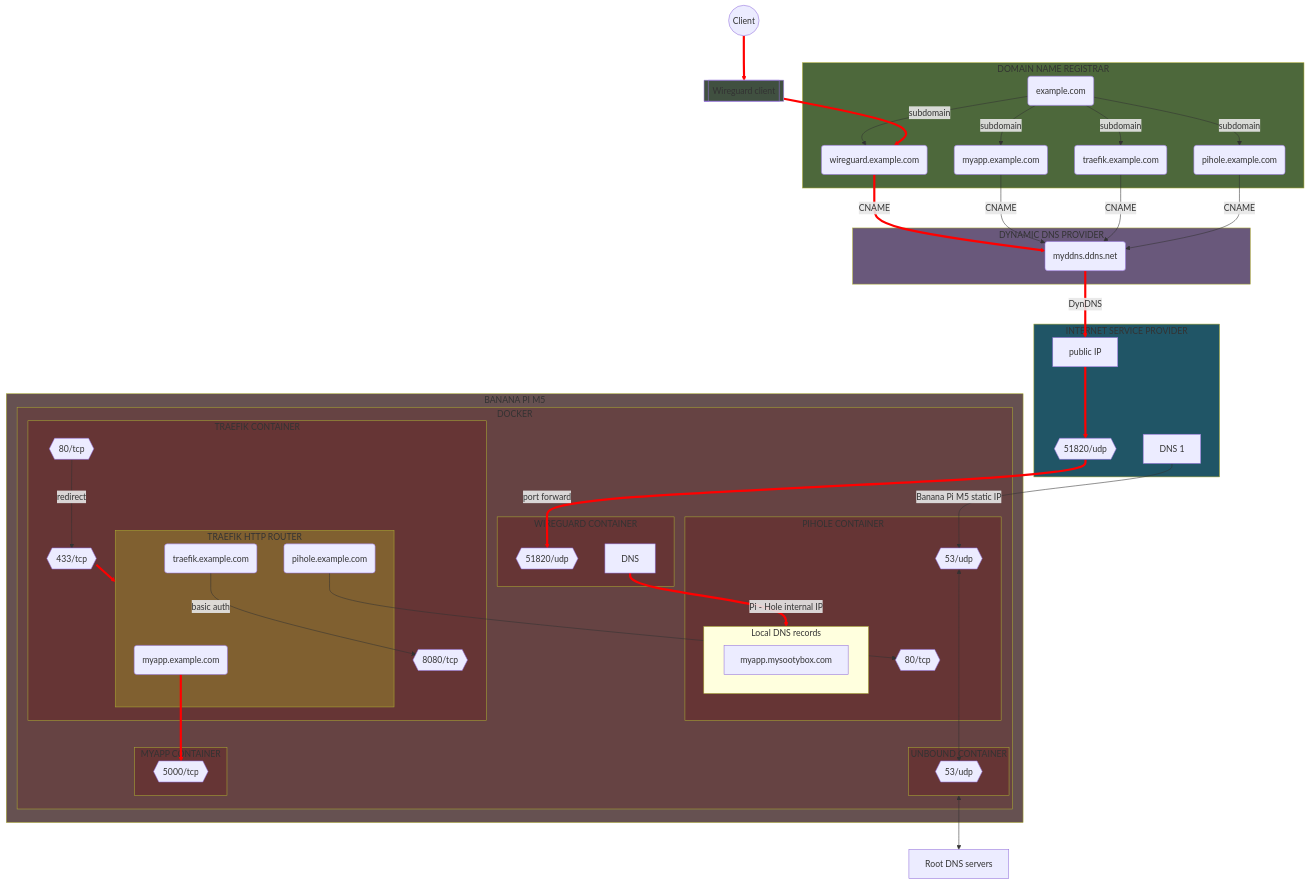
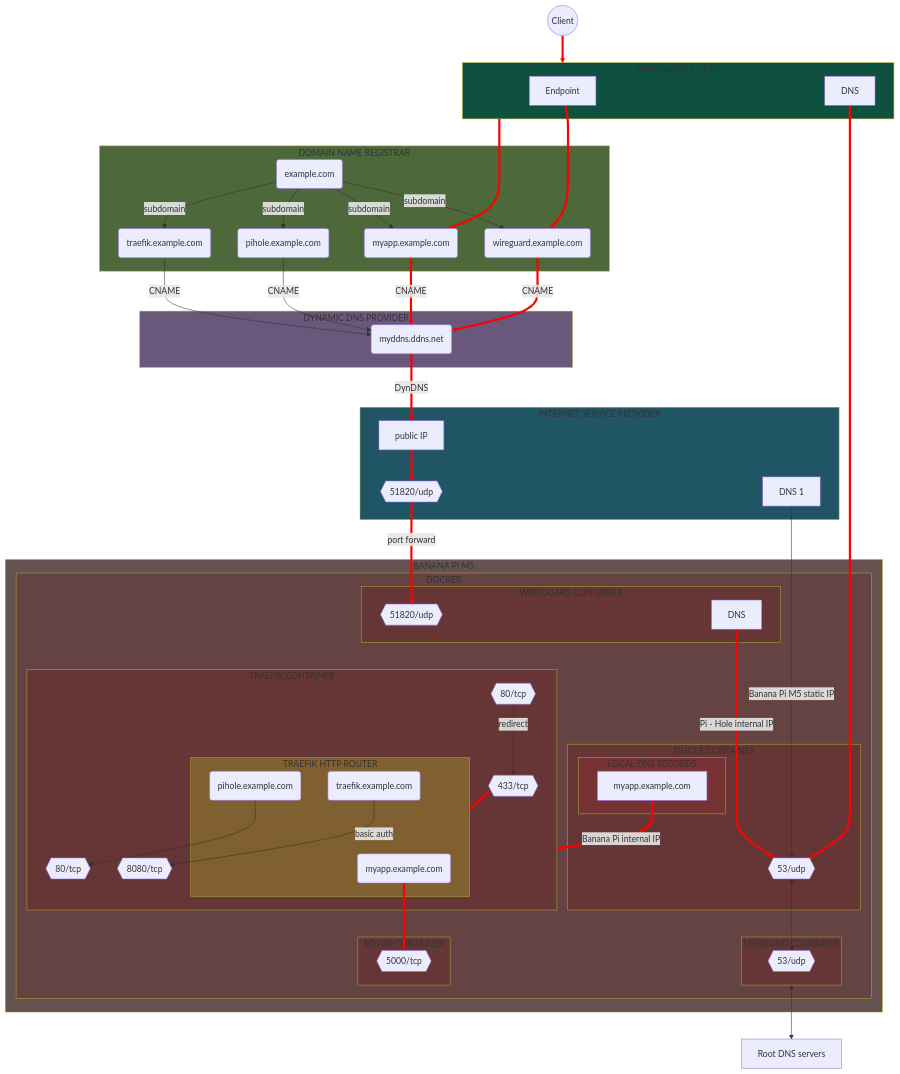
Before and after one commit to Yann39/self-hosted: the seventh of 7 diagrams in README.md, drawn with Mermaid. The commit also changed other lines of this file, not shown here.

Commit message:
updated readme to fix VPN flowchart

````diff
--- a/README.md
+++ b/README.md
@@ -1323,7 +1324,8 @@
     style MYAPP_CONTAINER fill: #663535
     style WIREGUARD_CONTAINER fill: #663535
     style TRAEFIK_ROUTER fill: #806030
-    style WIREGUARD_CLIENT fill: #405040
+    style WIREGUARD_CLIENT fill: #105040
+    style PIHOLE_DNS_RECORDS fill: #773333
     
     DOMAIN(example.com)
     SUBDOMAIN_WIREGUARD(wireguard.example.com)
@@ -1349,15 +1351,15 @@
     subgraph HOSTING_PROVIDER[DOMAIN NAME REGISTRAR]
         DOMAIN -->|subdomain| SUBDOMAIN_WIREGUARD
         DOMAIN -->|subdomain| SUBDOMAIN_MYAPP
+        DOMAIN -->|subdomain| SUBDOMAIN_PIHOLE
         DOMAIN -->|subdomain| SUBDOMAIN_TRAEFIK
-        DOMAIN -->|subdomain| SUBDOMAIN_PIHOLE
     end
 
     subgraph DDNS_PROVIDER[DYNAMIC DNS PROVIDER]
         SUBDOMAIN_WIREGUARD -->|CNAME| DDNS
         SUBDOMAIN_MYAPP -->|CNAME| DDNS
+        SUBDOMAIN_PIHOLE -->|CNAME| DDNS
         SUBDOMAIN_TRAEFIK -->|CNAME| DDNS
-        SUBDOMAIN_PIHOLE -->|CNAME| DDNS
     end
 
     subgraph INTERNET_SERVICE_PROVIDER[INTERNET SERVICE PROVIDER]
@@ -1366,32 +1368,43 @@
         DNS[DNS 1]
     end
 
+    subgraph WIREGUARD_CLIENT[WIREGUARD CLIENT]
+        WIREGUARD_CLIENT_ENDPOINT[Endpoint]
+        WIREGUARD_CLIENT_DNS[DNS]
+    end
+
+    CLIENT((Client)) --> WIREGUARD_CLIENT
+    
+    WIREGUARD_CLIENT_ENDPOINT --> SUBDOMAIN_WIREGUARD
+    WIREGUARD_CLIENT_DNS --> DOCKER_PIHOLE_PORT53
+    WIREGUARD_CLIENT ---> SUBDOMAIN_MYAPP
     DNS -->|Banana Pi M5 static IP| DOCKER_PIHOLE_PORT53
     ROUTER_PORT51820 -->|port forward| DOCKER_WIREGUARD_PORT51820
-    CLIENT((Client)) --> WIREGUARD_CLIENT
-    WIREGUARD_CLIENT[[Wireguard client]] --> SUBDOMAIN_WIREGUARD
     
     subgraph SINGLE_BOARD_COMPUTER[BANANA PI M5]
         subgraph CONTAINER_ENGINE[DOCKER]
-            
-            subgraph UNBOUND_CONTAINER[UNBOUND CONTAINER]
-                DOCKER_UNBOUND_PORT53
+
+            subgraph TRAEFIK_CONTAINER[TRAEFIK CONTAINER]
+
+                subgraph TRAEFIK_ROUTER[TRAEFIK HTTP ROUTER]
+                    TRAEFIK_ROUTER_PIHOLE
+                    TRAEFIK_ROUTER_TRAEFIK
+                    TRAEFIK_ROUTER_MYAPP
+                end
+
+                DOCKER_TRAEFIK_PORT443 --> TRAEFIK_ROUTER
+                DOCKER_TRAEFIK_PORT80 -->|redirect| DOCKER_TRAEFIK_PORT443
+                TRAEFIK_ROUTER_TRAEFIK -->|basic auth| DOCKER_TRAEFIK_PORT8080
+                TRAEFIK_ROUTER_PIHOLE --> DOCKER_PIHOLE_PORT80
             end
 
             subgraph PIHOLE_CONTAINER[PIHOLE CONTAINER]
                 DOCKER_PIHOLE_PORT80
                 DOCKER_PIHOLE_PORT53
 
-                subgraph PIHOLE_DNS[Local DNS records]
-                    PIHOLE_DNS_MYAPP[myapp.mysootybox.com]
+                subgraph PIHOLE_DNS_RECORDS[LOCAL DNS RECORDS]
+                    PIHOLE_DNS_MYAPP[myapp.example.com]
                 end
-
-            end
-            
-            DOCKER_PIHOLE_PORT53 <---> DOCKER_UNBOUND_PORT53
-
-            subgraph MYAPP_CONTAINER[MYAPP CONTAINER]
-                DOCKER_MYAPP_PORT5000
             end
 
             subgraph WIREGUARD_CONTAINER[WIREGUARD CONTAINER]
@@ -1399,36 +1412,36 @@
                 DNS_WIREGUARD[DNS]
             end
 
-            DNS_WIREGUARD[DNS] -->|Pi - Hole internal IP| PIHOLE_DNS
+            subgraph UNBOUND_CONTAINER[UNBOUND CONTAINER]
+                DOCKER_UNBOUND_PORT53
+            end
 
-            subgraph TRAEFIK_CONTAINER[TRAEFIK CONTAINER]
-                DOCKER_TRAEFIK_PORT443 --> TRAEFIK_ROUTER
-                DOCKER_TRAEFIK_PORT80 -->|redirect| DOCKER_TRAEFIK_PORT443
+            subgraph MYAPP_CONTAINER[MYAPP CONTAINER]
+                DOCKER_MYAPP_PORT5000
+                TRAEFIK_ROUTER_MYAPP --> DOCKER_MYAPP_PORT5000
+            end
 
-                subgraph TRAEFIK_ROUTER[TRAEFIK HTTP ROUTER]
-                    TRAEFIK_ROUTER_TRAEFIK
-                    TRAEFIK_ROUTER_MYAPP
-                    TRAEFIK_ROUTER_PIHOLE
-                end
-
-                TRAEFIK_ROUTER_TRAEFIK -->|basic auth| DOCKER_TRAEFIK_PORT8080
-                TRAEFIK_ROUTER_MYAPP --> DOCKER_MYAPP_PORT5000
-                TRAEFIK_ROUTER_PIHOLE --> DOCKER_PIHOLE_PORT80
-            end
+            PIHOLE_DNS_MYAPP -->|Banana Pi internal IP| TRAEFIK_CONTAINER
+            DOCKER_PIHOLE_PORT53 <--> DOCKER_UNBOUND_PORT53
+            DNS_WIREGUARD[DNS] ---->|Pi - Hole internal IP| DOCKER_PIHOLE_PORT53
 
         end
 
     end
 
     UNBOUND_CONTAINER <--> ROOT_DNS_SERVERS
-    
+
     linkStyle 4 stroke-width: 4px, stroke: red
+    linkStyle 5 stroke-width: 4px, stroke: red
     linkStyle 8 stroke-width: 4px, stroke: red
     linkStyle 9 stroke-width: 4px, stroke: red
+    linkStyle 10 stroke-width: 4px, stroke: red
     linkStyle 11 stroke-width: 4px, stroke: red
     linkStyle 12 stroke-width: 4px, stroke: red
     linkStyle 13 stroke-width: 4px, stroke: red
     linkStyle 15 stroke-width: 4px, stroke: red
     linkStyle 16 stroke-width: 4px, stroke: red
-    linkStyle 19 stroke-width: 4px, stroke: red
+    linkStyle 20 stroke-width: 4px, stroke: red
+    linkStyle 21 stroke-width: 4px, stroke: red
+    linkStyle 23 stroke-width: 4px, stroke: red
 ```
````
